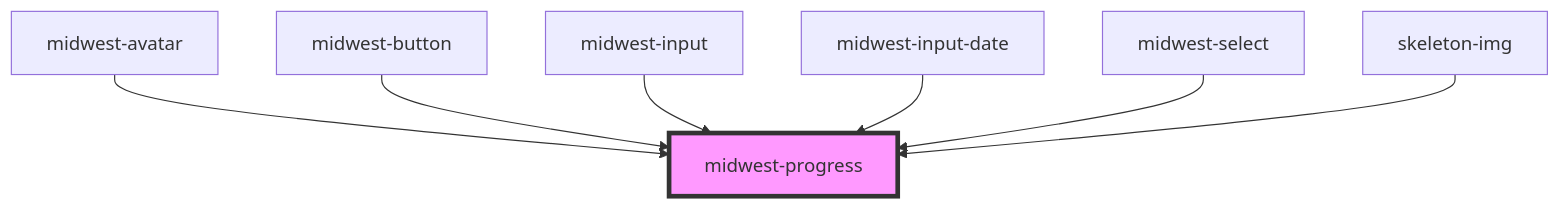
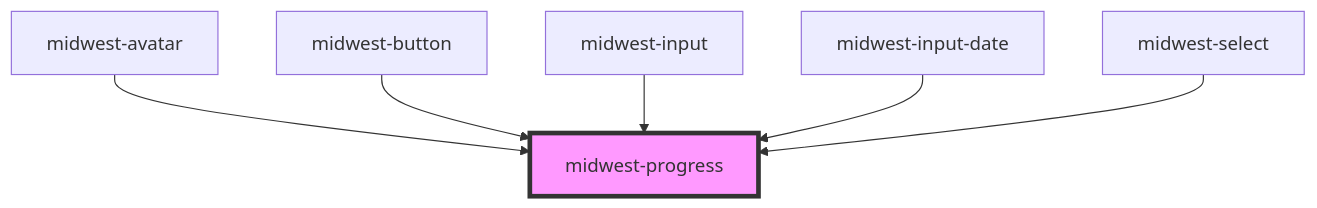
One commit to splitinfinities/Midwest changed the diagram in packages/core/docs/components/common/progress/readme.md. Above: the diagram before and after it, drawn with Mermaid. The commit also changed other lines of this file and 388 other files, not shown here.

````diff
--- a/packages/core/docs/components/common/progress/readme.md
+++ b/packages/core/docs/components/common/progress/readme.md
@@ -54,10 +53,9 @@
 ```mermaid
 graph TD;
   midwest-avatar --> midwest-progress
   midwest-button --> midwest-progress
   midwest-input --> midwest-progress
   midwest-input-date --> midwest-progress
   midwest-select --> midwest-progress
-  skeleton-img --> midwest-progress
   style midwest-progress fill:#f9f,stroke:#333,stroke-width:4px
 ```
````
